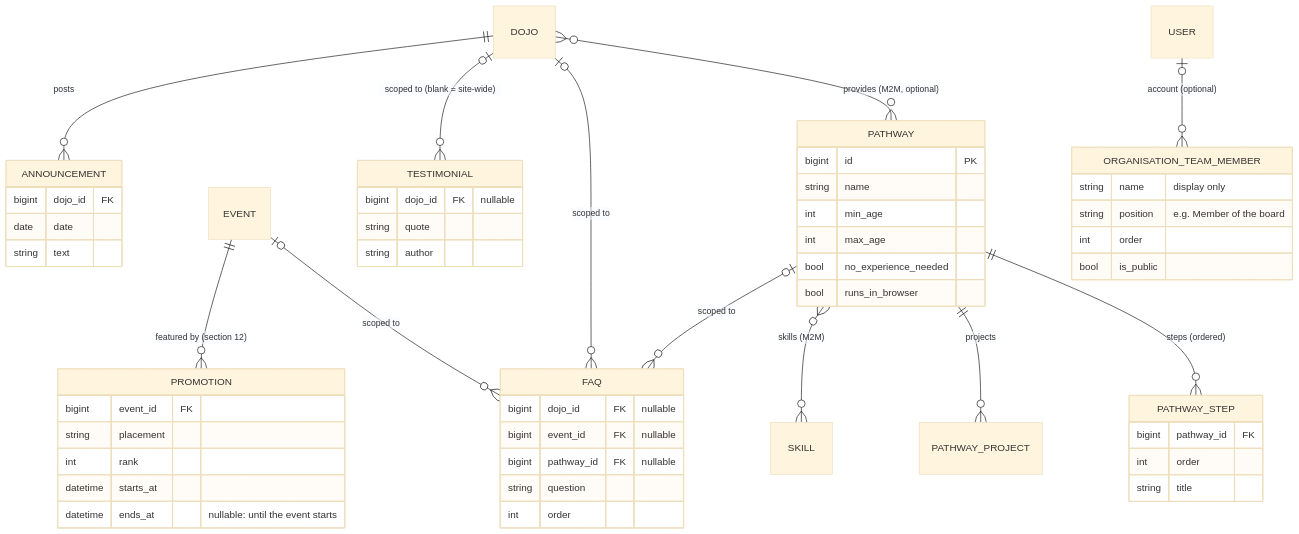
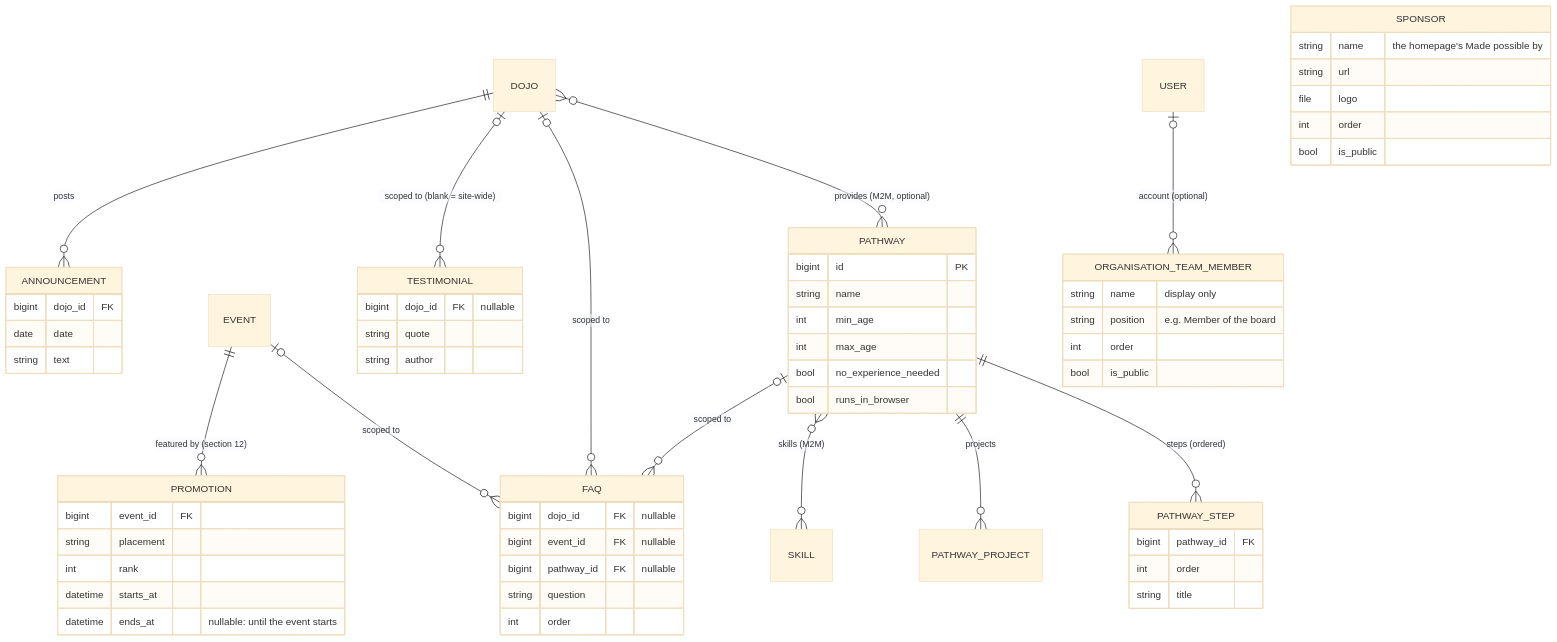
Diagram 12 of 32 in DATA_MODEL.md (DoublG/coderdojo-event-registration), drawn with Mermaid (base theme) before and after one commit. The commit also changed other lines of this file and 1 other file, not shown here.

First line of the commit message:
DATA_MODEL.md: diagrams caught up with the code

````diff
--- a/DATA_MODEL.md
+++ b/DATA_MODEL.md
@@ -589,58 +613,65 @@
 ```mermaid
 erDiagram
     PATHWAY ||--o{ PATHWAY_STEP : "steps (ordered)"
     PATHWAY ||--o{ PATHWAY_PROJECT : "projects"
     PATHWAY }o--o{ SKILL : "skills (M2M)"
     DOJO }o--o{ PATHWAY : "provides (M2M, optional)"
     DOJO |o--o{ FAQ : "scoped to"
     EVENT |o--o{ FAQ : "scoped to"
     PATHWAY |o--o{ FAQ : "scoped to"
     DOJO |o--o{ TESTIMONIAL : "scoped to (blank = site-wide)"
     DOJO ||--o{ ANNOUNCEMENT : "posts"
     EVENT ||--o{ PROMOTION : "featured by (section 12)"
     USER |o--o{ ORGANISATION_TEAM_MEMBER : "account (optional)"
 
+    SPONSOR {
+        string name "the homepage's Made possible by"
+        string url
+        file logo
+        int order
+        bool is_public
+    }
     PATHWAY {
         bigint id PK
         string name
         int min_age
         int max_age
         bool no_experience_needed
         bool runs_in_browser
     }
     PATHWAY_STEP {
         bigint pathway_id FK
         int order
         string title
     }
     FAQ {
         bigint dojo_id FK "nullable"
         bigint event_id FK "nullable"
         bigint pathway_id FK "nullable"
         string question
         int order
     }
     TESTIMONIAL {
         bigint dojo_id FK "nullable"
         string quote
         string author
     }
     ORGANISATION_TEAM_MEMBER {
         string name "display only"
         string position "e.g. Member of the board"
         int order
         bool is_public
     }
     ANNOUNCEMENT {
         bigint dojo_id FK
         date date
         string text
     }
     PROMOTION {
         bigint event_id FK
         string placement
         int rank
         datetime starts_at
         datetime ends_at "nullable: until the event starts"
     }
 ```
````
